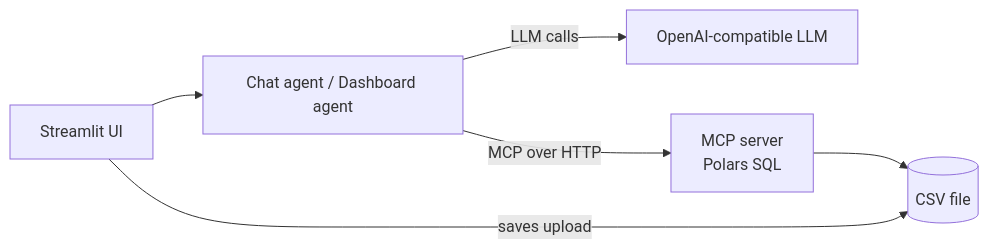
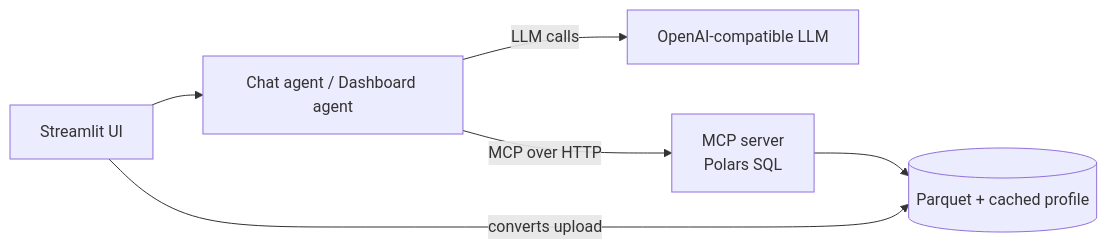
One commit to arunak1998/mcp-csv-intelligence changed the diagram in README.md. Above: the diagram before and after it, drawn with Mermaid. The commit also changed other lines of this file, not shown here.

Commit message:
Document the Parquet data layer and new MCP tools in the README

````diff
--- a/README.md
+++ b/README.md
@@ -13,8 +14,8 @@
 ```mermaid
 flowchart LR
     UI[Streamlit UI] --> A[Chat agent / Dashboard agent]
     A -->|LLM calls| LLM[OpenAI-compatible LLM]
     A -->|MCP over HTTP| S[MCP server<br/>Polars SQL]
-    S --> CSV[(CSV file)]
-    UI -->|saves upload| CSV
+    S --> PQ[(Parquet + cached profile)]
+    UI -->|converts upload| PQ
 ```
````
